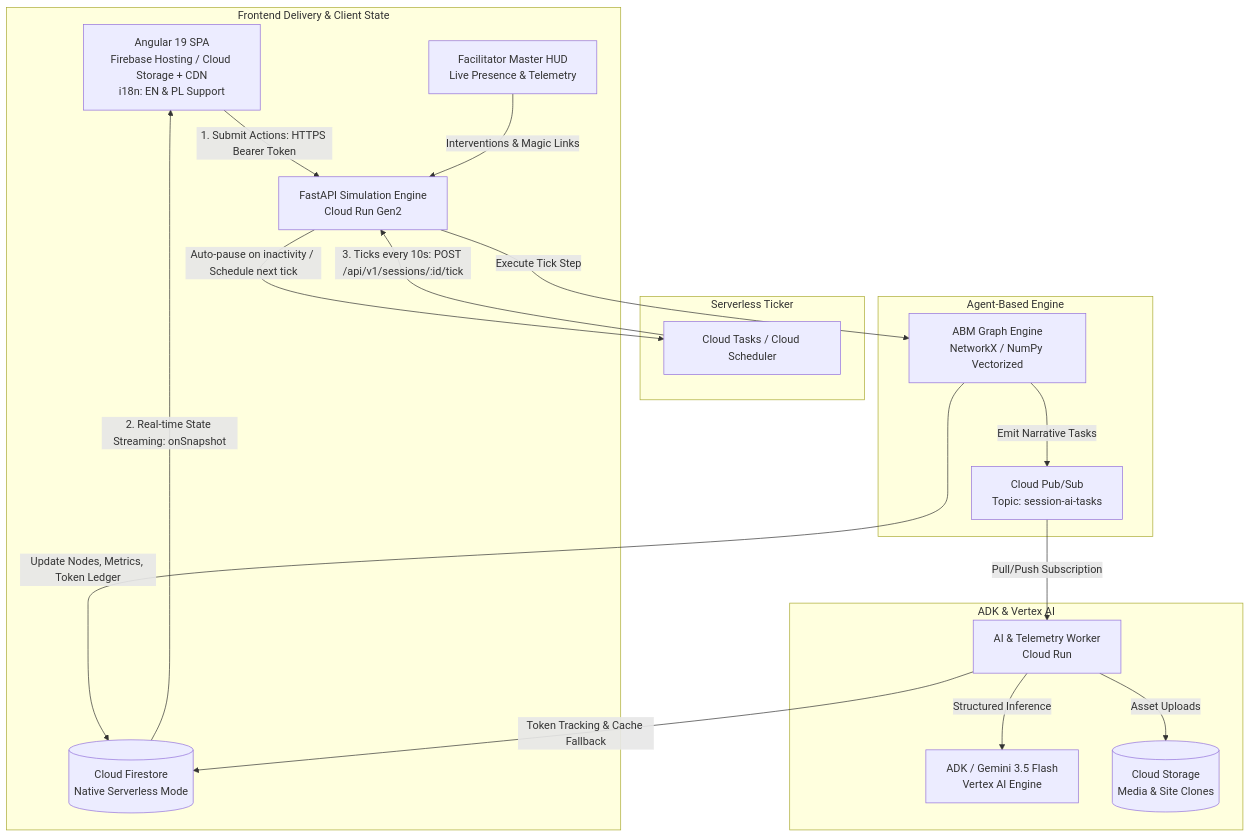
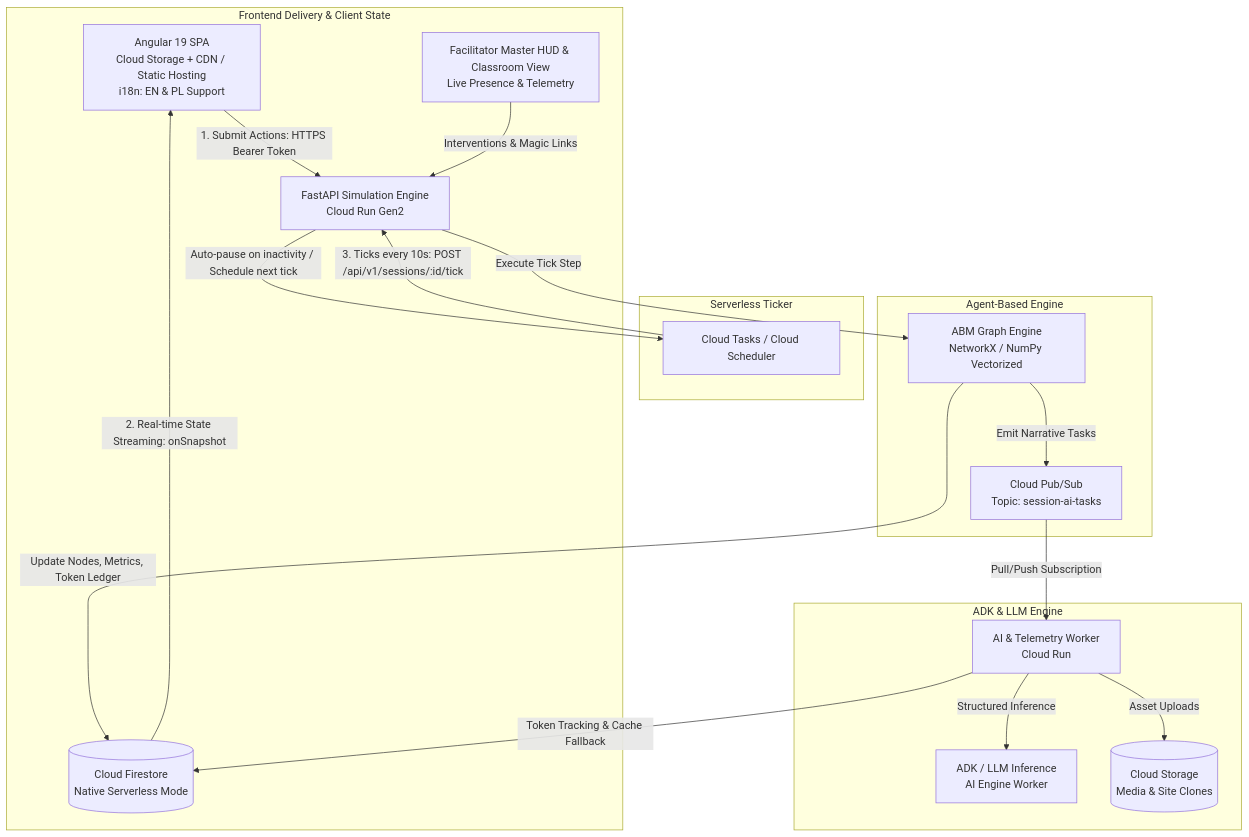
Before and after one commit to matzie5/info: the first of 3 diagrams in TECHNICAL_SPECIFICATION.md, drawn with Mermaid. The commit also changed other lines of this file and 26 other files, not shown here.

````diff
--- a/TECHNICAL_SPECIFICATION.md
+++ b/TECHNICAL_SPECIFICATION.md
@@ -22,27 +22,27 @@
 ```mermaid
 graph TD
     subgraph Client Tier [Frontend Delivery & Client State]
-        UI[Angular 19 SPA<br/>Firebase Hosting / Cloud Storage + CDN<br/>i18n: EN & PL Support]
+        UI[Angular 19 SPA<br/>Cloud Storage + CDN / Static Hosting<br/>i18n: EN & PL Support]
         UI -->|1. Submit Actions: HTTPS Bearer Token| API[FastAPI Simulation Engine<br/>Cloud Run Gen2]
         FS[(Cloud Firestore<br/>Native Serverless Mode)] -->|2. Real-time State Streaming: onSnapshot| UI
-        ADMIN[Facilitator Master HUD<br/>Live Presence & Telemetry] -->|Interventions & Magic Links| API
+        ADMIN[Facilitator Master HUD & Classroom View<br/>Live Presence & Telemetry] -->|Interventions & Magic Links| API
     end
 
     subgraph Orchestration & Clock Tier [Serverless Ticker]
         CT[Cloud Tasks / Cloud Scheduler] -->|3. Ticks every 10s: POST /api/v1/sessions/:id/tick| API
         API -->|Auto-pause on inactivity / Schedule next tick| CT
     end
 
     subgraph Simulation Core [Agent-Based Engine]
         API -->|Execute Tick Step| ABM[ABM Graph Engine<br/>NetworkX / NumPy Vectorized]
         ABM -->|Update Nodes, Metrics, Token Ledger| FS
         ABM -->|Emit Narrative Tasks| PS[Cloud Pub/Sub<br/>Topic: session-ai-tasks]
     end
 
-    subgraph AI & Media Tier [ADK & Vertex AI]
+    subgraph AI & Media Tier [ADK & LLM Engine]
         PS -->|Pull/Push Subscription| WORKER[AI & Telemetry Worker<br/>Cloud Run]
-        WORKER -->|Structured Inference| ADK[ADK / Gemini 3.5 Flash<br/>Vertex AI Engine]
+        WORKER -->|Structured Inference| ADK[ADK / LLM Inference<br/>AI Engine Worker]
         WORKER -->|Token Tracking & Cache Fallback| FS
         WORKER -->|Asset Uploads| GCS[(Cloud Storage<br/>Media & Site Clones)]
     end
 ```
````
